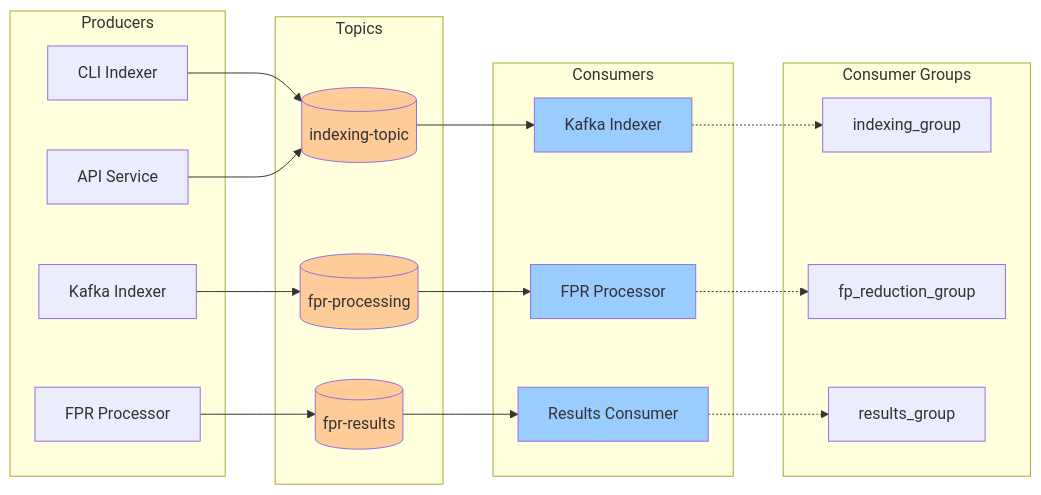
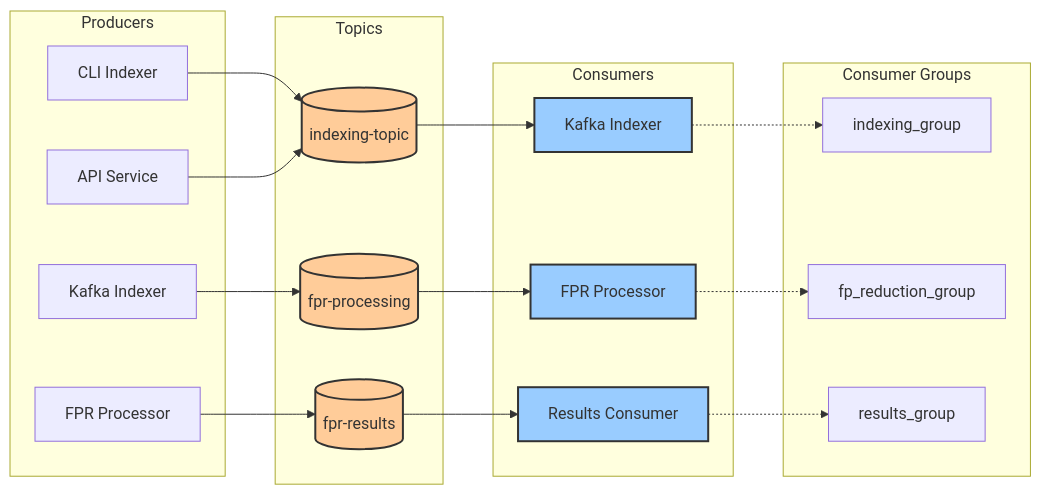
The fifth of 15 diagrams in sia-service-low-level-design.md (Vishwa0220/securaa-internal-documents), drawn with Mermaid before and after one commit. The commit also changed other lines of this file and 1 other file, not shown here.

First line of the commit message:
fix: correct mermaid diagram syntax in SIA service HLD and LLD

````diff
--- a/sia-service-low-level-design.md
+++ b/sia-service-low-level-design.md
@@ -1493,50 +1501,49 @@
 ```mermaid
 flowchart LR
-    subgraph "Producers"
+    subgraph Producers
         CLI[CLI Indexer]
         API[API Service]
         INDEXER[Kafka Indexer]
         FPR[FPR Processor]
     end
     
-    subgraph "Topics"
+    subgraph Topics
         T1[(indexing-topic)]
         T2[(fpr-processing)]
         T3[(fpr-results)]
     end
     
-    subgraph "Consumers"
+    subgraph Consumers
         C1[Kafka Indexer]
         C2[FPR Processor]
         C3[Results Consumer]
     end
     
-    subgraph "Consumer Groups"
+    subgraph ConsumerGroups["Consumer Groups"]
         G1[indexing_group]
         G2[fp_reduction_group]
         G3[results_group]
     end
     
     CLI --> T1
     API --> T1
     
     T1 --> C1
     C1 -.-> G1
     
     INDEXER --> T2
     
     T2 --> C2
     C2 -.-> G2
     
     FPR --> T3
     
     T3 --> C3
     C3 -.-> G3
     
-    style T1 fill:#ffcc99
-    style T2 fill:#ffcc99
-    style T3 fill:#ffcc99
-    style C1 fill:#99ccff
-    style C2 fill:#99ccff
-    style C3 fill:#99ccff
+    classDef topic fill:#ffcc99,stroke:#333,stroke-width:2px
+    classDef consumer fill:#99ccff,stroke:#333,stroke-width:2px
+    
+    class T1,T2,T3 topic
+    class C1,C2,C3 consumer
 ```
````
